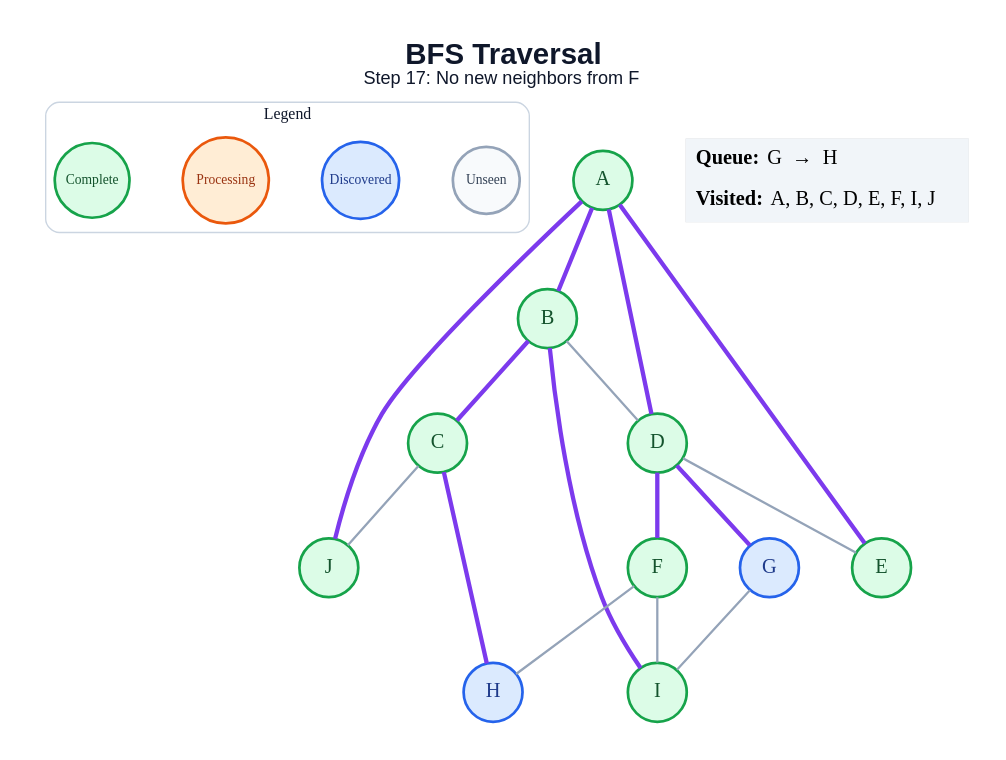
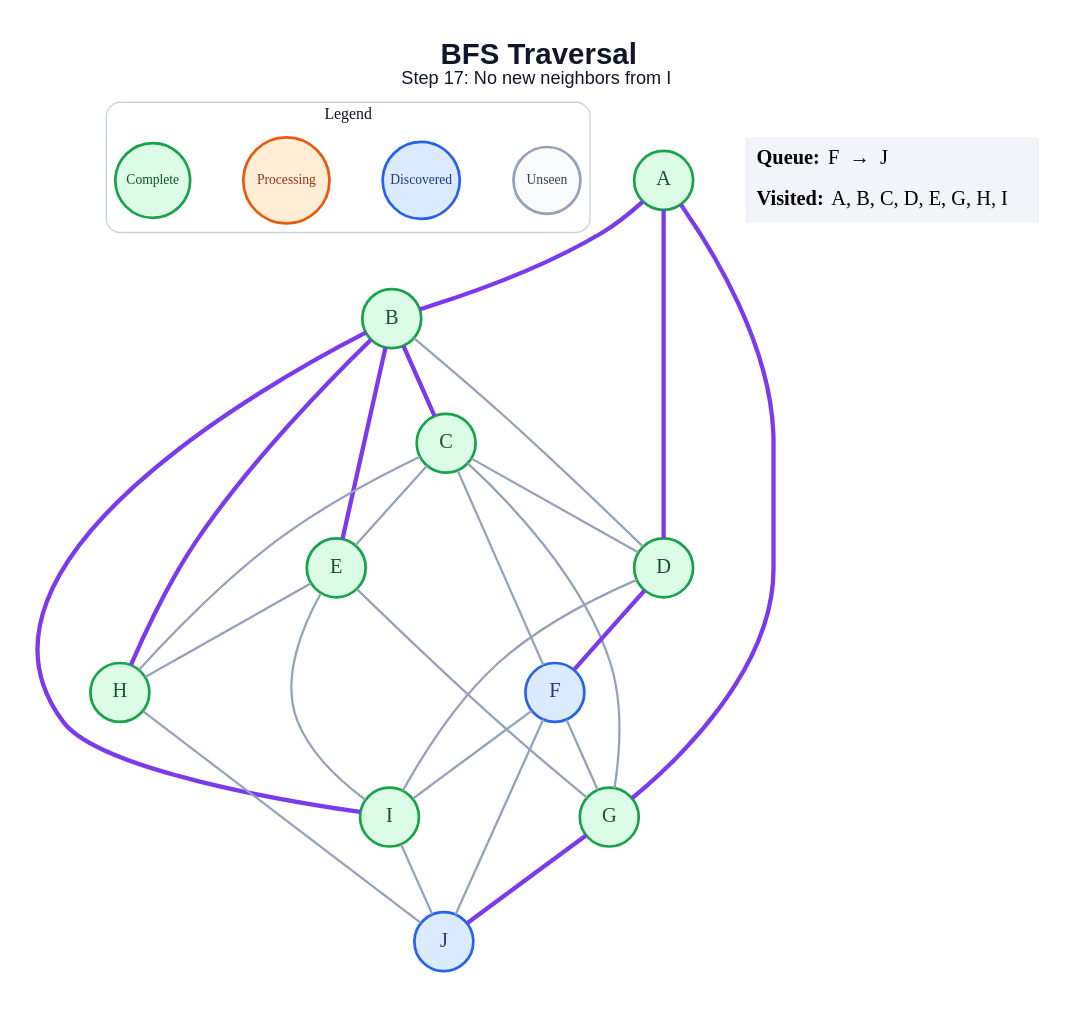
One commit to amanghodawala9/ai-slop changed the diagram in generated/bfs/step_17.dot. Above: the diagram before and after it, drawn with Graphviz. The commit also changed 178 other files, not shown here.

```diff
--- a/generated/bfs/step_17.dot
+++ b/generated/bfs/step_17.dot
@@ -1,44 +1,53 @@
 graph traversal {
   graph [layout=dot, rankdir=TB, bgcolor="#FFFFFF", pad="0.35", nodesep="0.65", ranksep="0.8", fontname="Arial"];
   node [shape=circle, style="filled", fontname="Arial Bold", fontsize=18, width=0.72, fixedsize=true, penwidth=2.4];
   edge [color="#94A3B8", penwidth=2.0];
-  label=<<B>BFS Traversal</B><BR/><FONT POINT-SIZE="16">Step 17: No new neighbors from F</FONT>>; labelloc="t"; fontsize=26; fontname="Arial"; fontcolor="#0F172A";
+  label=<<B>BFS Traversal</B><BR/><FONT POINT-SIZE="16">Step 17: No new neighbors from I</FONT>>; labelloc="t"; fontsize=26; fontname="Arial"; fontcolor="#0F172A";
   subgraph cluster_legend { label="Legend"; color="#CBD5E1"; penwidth=1.2; style="rounded"; fontsize=14; fontname="Arial Bold";
     key_unseen [label="Unseen", fillcolor="#F8FAFC", color="#94A3B8", fontcolor="#334155", fontsize=12, width=0.82];
     key_frontier [label="Discovered", fillcolor="#DBEAFE", color="#2563EB", fontcolor="#1E3A8A", fontsize=12, width=0.95];
     key_current [label="Processing", fillcolor="#FFEDD5", color="#EA580C", fontcolor="#9A3412", fontsize=12, width=1.05];
     key_done [label="Complete", fillcolor="#DCFCE7", color="#16A34A", fontcolor="#14532D", fontsize=12, width=0.92];
     { rank=same; key_unseen; key_frontier; key_current; key_done; }
   }
   A [fillcolor="#DCFCE7", color="#16A34A", fontcolor="#14532D"];
   B [fillcolor="#DCFCE7", color="#16A34A", fontcolor="#14532D"];
   C [fillcolor="#DCFCE7", color="#16A34A", fontcolor="#14532D"];
   D [fillcolor="#DCFCE7", color="#16A34A", fontcolor="#14532D"];
   E [fillcolor="#DCFCE7", color="#16A34A", fontcolor="#14532D"];
-  F [fillcolor="#DCFCE7", color="#16A34A", fontcolor="#14532D"];
-  G [fillcolor="#DBEAFE", color="#2563EB", fontcolor="#1E3A8A"];
-  H [fillcolor="#DBEAFE", color="#2563EB", fontcolor="#1E3A8A"];
+  F [fillcolor="#DBEAFE", color="#2563EB", fontcolor="#1E3A8A"];
+  G [fillcolor="#DCFCE7", color="#16A34A", fontcolor="#14532D"];
+  H [fillcolor="#DCFCE7", color="#16A34A", fontcolor="#14532D"];
   I [fillcolor="#DCFCE7", color="#16A34A", fontcolor="#14532D"];
-  J [fillcolor="#DCFCE7", color="#16A34A", fontcolor="#14532D"];
+  J [fillcolor="#DBEAFE", color="#2563EB", fontcolor="#1E3A8A"];
   A -- B [color="#7C3AED", penwidth=3.8];
   A -- D [color="#7C3AED", penwidth=3.8];
-  A -- E [color="#7C3AED", penwidth=3.8];
-  A -- J [color="#7C3AED", penwidth=3.8];
+  A -- G [color="#7C3AED", penwidth=3.8];
   B -- C [color="#7C3AED", penwidth=3.8];
   B -- D;
+  B -- E [color="#7C3AED", penwidth=3.8];
+  B -- H [color="#7C3AED", penwidth=3.8];
   B -- I [color="#7C3AED", penwidth=3.8];
-  C -- H [color="#7C3AED", penwidth=3.8];
-  C -- J;
-  D -- E;
+  C -- D;
+  C -- E;
+  C -- F;
+  C -- G;
+  C -- H;
   D -- F [color="#7C3AED", penwidth=3.8];
-  D -- G [color="#7C3AED", penwidth=3.8];
-  F -- H;
+  D -- I;
+  E -- G;
+  E -- H;
+  E -- I;
+  F -- G;
   F -- I;
-  G -- I;
+  F -- J;
+  G -- J [color="#7C3AED", penwidth=3.8];
+  H -- J;
+  I -- J;
   status [shape=plain, fixedsize=false, width=0, height=0, margin=0, label=<
     <TABLE BORDER="0" CELLBORDER="0" CELLPADDING="7" BGCOLOR="#F1F5F9">
-      <TR><TD ALIGN="LEFT"><B>Queue:</B> G  →  H</TD></TR>
-      <TR><TD ALIGN="LEFT"><B>Visited:</B> A, B, C, D, E, F, I, J</TD></TR>
+      <TR><TD ALIGN="LEFT"><B>Queue:</B> F  →  J</TD></TR>
+      <TR><TD ALIGN="LEFT"><B>Visited:</B> A, B, C, D, E, G, H, I</TD></TR>
     </TABLE>
   >];
 }
```
